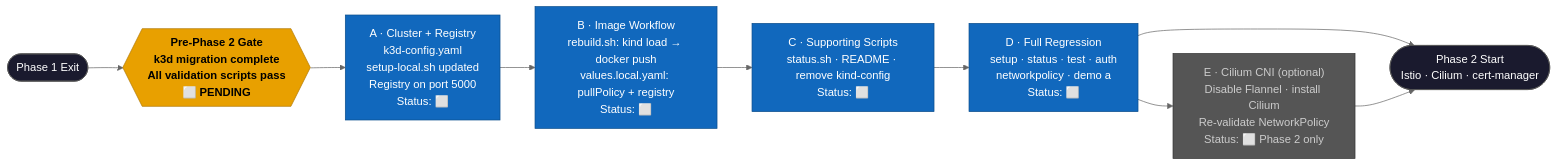
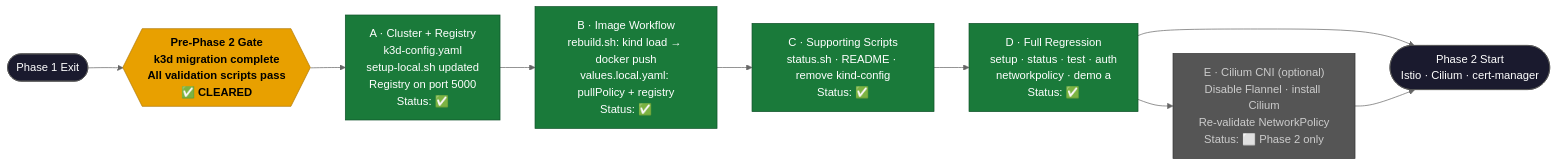
Before and after one commit to giterdunstudios/mcp-presidio-sensitivity: the third of 3 diagrams in planning/pipeline.md, drawn with Mermaid (neutral theme). The commit also changed other lines of this file and 2 other files, not shown here.

Commit message:
Update planning artifacts to reflect DEC-004 Wave 3 completion
pipeline.md: pre-Phase 2 gate CLEARED, all waves A-D marked complete,
Wave 3 findings block appended.

council-workboard.md: Platform Lead deactivated; Technical Implementation
Lead Wave 3 completed with findings; Engineering Practices Lead BP-009
and BP-015 marked complete; Product Lead gate cleared.

best-practices-backlog.md: BP-009 in_progress→complete; BP-015
proposed→complete (Flannel enforcement confirmed).

````diff
--- a/planning/pipeline.md
+++ b/planning/pipeline.md
@@ -103,37 +103,38 @@
 ```mermaid
 flowchart LR
     P1EXIT(["Phase 1 Exit"])
 
-    GK{{"Pre-Phase 2 Gate\nk3d migration complete\nAll validation scripts pass\n⬜ PENDING"}}
+    GK{{"Pre-Phase 2 Gate\nk3d migration complete\nAll validation scripts pass\n✅ CLEARED"}}
 
-    KA["A · Cluster + Registry\nk3d-config.yaml\nsetup-local.sh updated\nRegistry on port 5000\nStatus: ⬜"]
+    KA["A · Cluster + Registry\nk3d-config.yaml\nsetup-local.sh updated\nRegistry on port 5000\nStatus: ✅"]
 
-    KB["B · Image Workflow\nrebuild.sh: kind load → docker push\nvalues.local.yaml: pullPolicy + registry\nStatus: ⬜"]
+    KB["B · Image Workflow\nrebuild.sh: kind load → docker push\nvalues.local.yaml: pullPolicy + registry\nStatus: ✅"]
 
-    KC["C · Supporting Scripts\nstatus.sh · README · remove kind-config\nStatus: ⬜"]
+    KC["C · Supporting Scripts\nstatus.sh · README · remove kind-config\nStatus: ✅"]
 
-    KD["D · Full Regression\nsetup · status · test · auth\nnetworkpolicy · demo a\nStatus: ⬜"]
+    KD["D · Full Regression\nsetup · status · test · auth\nnetworkpolicy · demo a\nStatus: ✅"]
 
     KE["E · Cilium CNI (optional)\nDisable Flannel · install Cilium\nRe-validate NetworkPolicy\nStatus: ⬜ Phase 2 only"]
 
     P2START(["Phase 2 Start\nIstio · Cilium · cert-manager"])
 
     P1EXIT --> GK
     GK --> KA
     KA --> KB
     KB --> KC
     KC --> KD
     KD --> P2START
     KD --> KE
     KE --> P2START
 
     classDef gate fill:#e8a000,stroke:#b07800,color:#000,font-weight:bold
+    classDef done fill:#1a7a3a,stroke:#0f5228,color:#fff
     classDef work fill:#1168bd,stroke:#0a4d8c,color:#fff
     classDef optional fill:#555,stroke:#333,color:#ccc
     classDef terminal fill:#1a1a2e,stroke:#555,color:#fff
 
     class GK gate
-    class KA,KB,KC,KD work
+    class KA,KB,KC,KD done
     class KE optional
     class P1EXIT,P2START terminal
 ```
````
